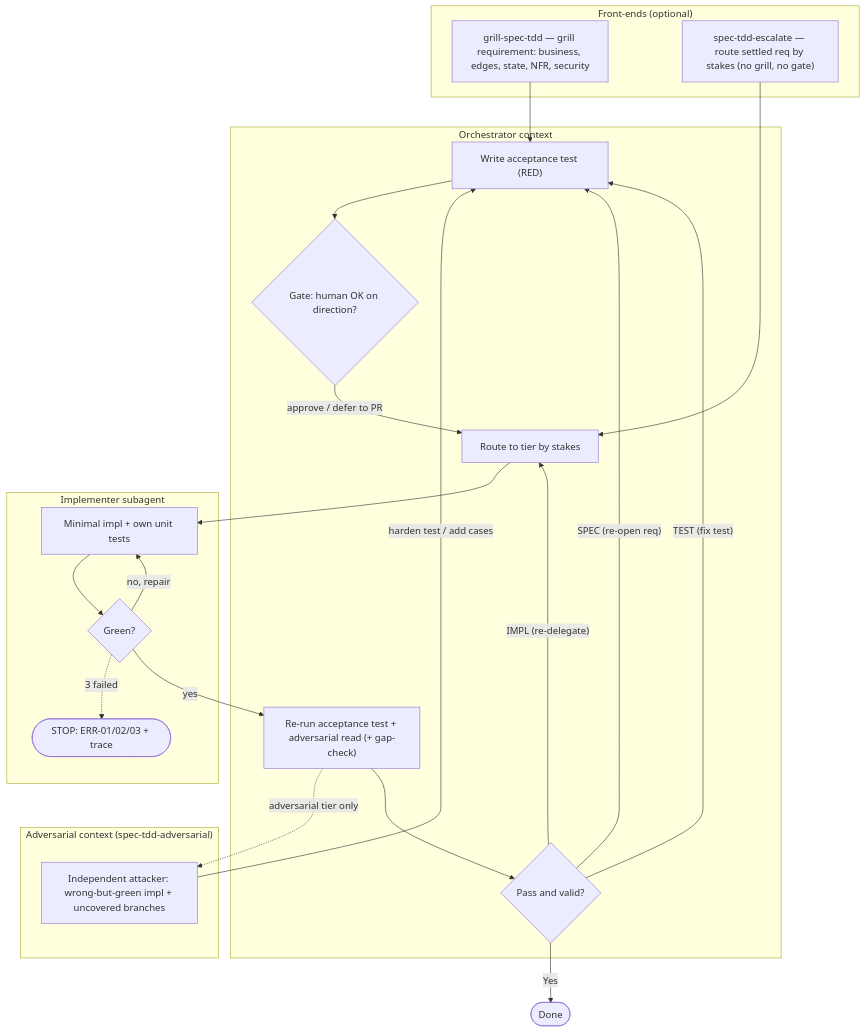
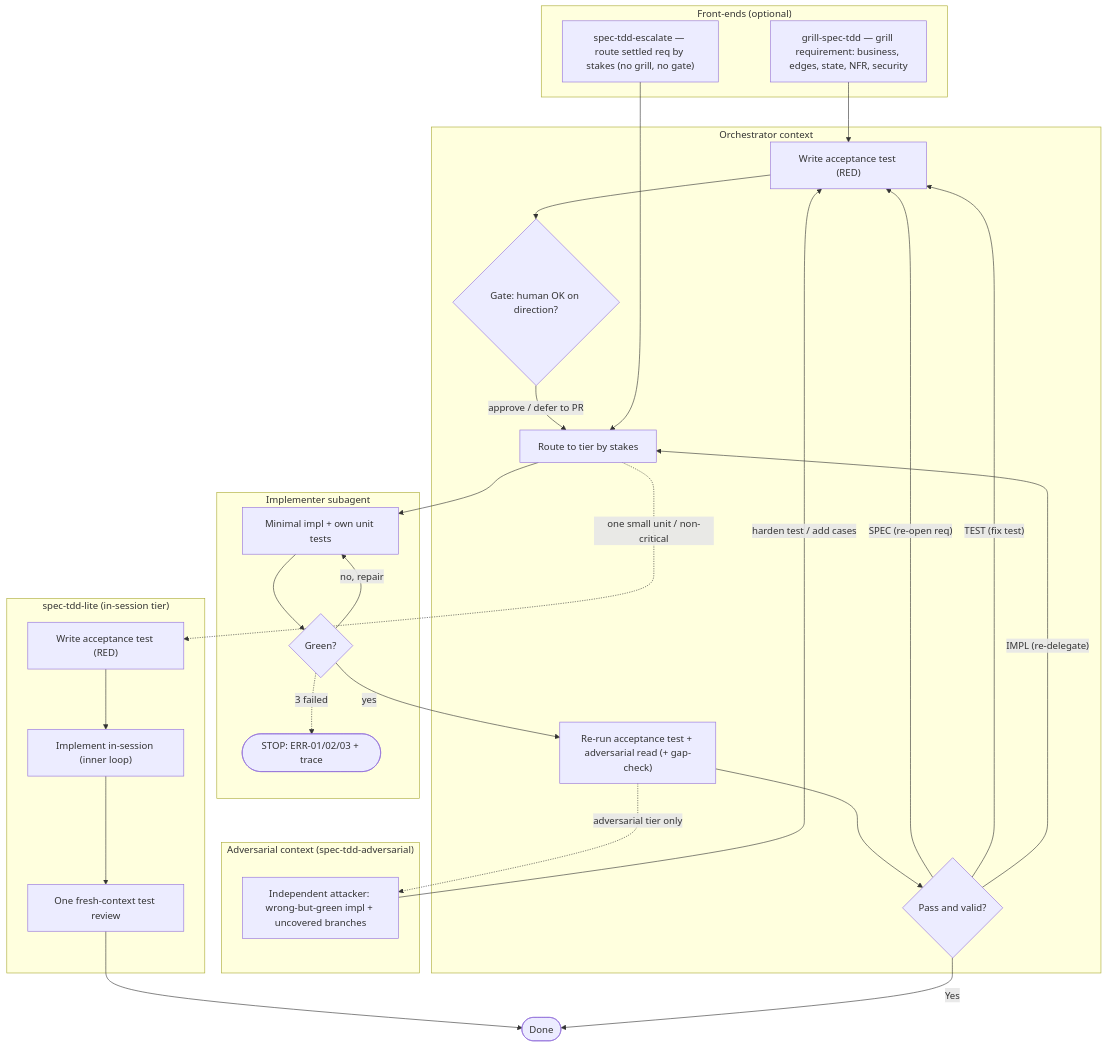
Before and after one commit to BenjaminChenLab/spec-tdd-skill: the second of 2 diagrams in README.md, drawn with Mermaid. The commit also changed other lines of this file and 7 other files, not shown here.

Commit message:
1.4.0: spec-tdd multi-unit runs — per-unit   agent boundary, one-unit vs batch routing, lite re-scoped to single unit, PROTOCOL A13

````diff
--- a/README.md
+++ b/README.md
@@ -47,42 +47,52 @@
 ```mermaid
 flowchart TD
     subgraph F["Front-ends (optional)"]
         GR["grill-spec-tdd — grill requirement: business, edges, state, NFR, security"]
         ES["spec-tdd-escalate — route settled req by stakes (no grill, no gate)"]
     end
 
     subgraph O["Orchestrator context"]
         T["Write acceptance test (RED)"]
         GT{"Gate: human OK on direction?"}
         RT["Route to tier by stakes"]
         V["Re-run acceptance test + adversarial read (+ gap-check)"]
         P{"Pass and valid?"}
     end
 
     subgraph I["Implementer subagent"]
         IM["Minimal impl + own unit tests"]
         IC{"Green?"}
         ERR(["STOP: ERR-01/02/03 + trace"])
     end
 
     subgraph ADV["Adversarial context (spec-tdd-adversarial)"]
         ATK["Independent attacker: wrong-but-green impl + uncovered branches"]
     end
 
+    subgraph LT["spec-tdd-lite (in-session tier)"]
+        LT1["Write acceptance test (RED)"]
+        LT2["Implement in-session (inner loop)"]
+        LT3["One fresh-context test review"]
+    end
+
     GR --> T
     T --> GT
     GT -->|"approve / defer to PR"| RT
     ES --> RT
+    RT -.->|"one small unit / non-critical"| LT1
+    LT1 --> LT2
+    LT2 --> LT3
+    LT3 --> DONE
     RT --> IM
     IM --> IC
     IC -->|"no, repair"| IM
     IC -.->|"3 failed"| ERR
     IC -->|yes| V
     V -.->|"adversarial tier only"| ATK
     ATK -->|"harden test / add cases"| T
     V --> P
     P -->|Yes| DONE(["Done"])
     P -->|"SPEC (re-open req)"| T
     P -->|"TEST (fix test)"| T
     P -->|"IMPL (re-delegate)"| RT
 ```
````
